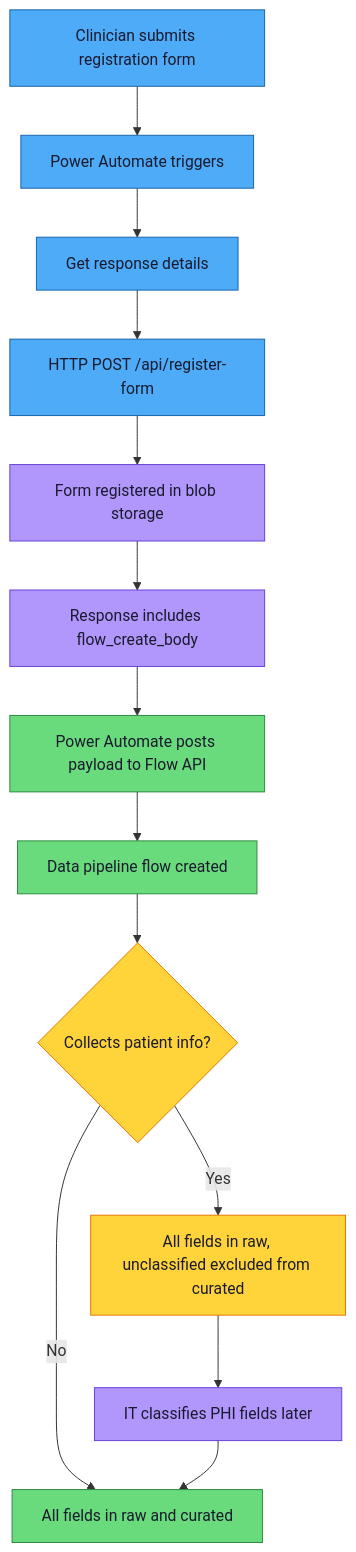
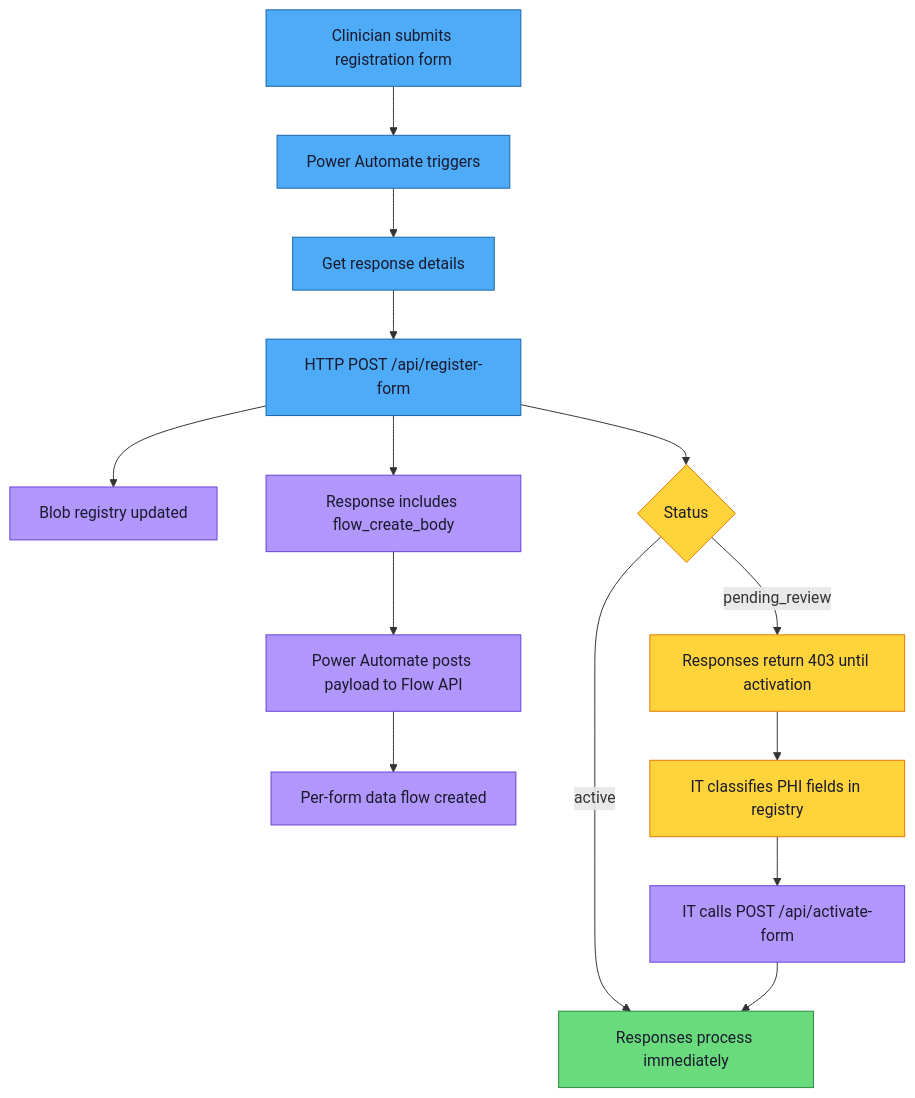
One commit to michaelhuot-msft/forms-to-fabric changed the second of 2 diagrams in docs/registration-form-template.md. Above: the diagram before and after it, drawn with Mermaid. The commit also changed other lines of this file and 12 other files, not shown here.

````diff
--- a/docs/registration-form-template.md
+++ b/docs/registration-form-template.md
@@ -191,35 +193,28 @@
 ```mermaid
 flowchart TD
     A[Clinician submits registration form] --> B[Power Automate triggers]
     B --> C[Get response details]
     C --> D[HTTP POST /api/register-form]
-    D --> E[Form registered in blob storage]
-    E --> F[Response includes flow_create_body]
+    D --> E[Blob registry updated]
+    D --> F[Response includes flow_create_body]
     F --> G[Power Automate posts payload to Flow API]
-    G --> H[Data pipeline flow created]
-    H --> I{Collects patient info?}
-    I -- No --> J[All fields in raw and curated]
-    I -- Yes --> K[All fields in raw, unclassified excluded from curated]
-    K --> L[IT classifies PHI fields later]
-    L --> J
+    G --> H[Per-form data flow created]
+    D --> I{Status}
+    I -- active --> J[Responses process immediately]
+    I -- pending_review --> K[Responses return 403 until activation]
+    K --> L[IT classifies PHI fields in registry]
+    L --> M[IT calls POST /api/activate-form]
+    M --> J
 
     classDef primary fill:#4dabf7,stroke:#1864ab,color:#1a1a2e
     classDef success fill:#69db7c,stroke:#2b8a3e,color:#1a1a2e
     classDef warning fill:#ffd43b,stroke:#e67700,color:#1a1a2e
     classDef danger fill:#ff8787,stroke:#c92a2a,color:#1a1a2e
     classDef info fill:#b197fc,stroke:#6741d9,color:#1a1a2e
     classDef neutral fill:#ced4da,stroke:#495057,color:#1a1a2e
 
-    A:::primary
-    B:::primary
-    C:::primary
-    D:::primary
-    E:::info
-    F:::info
-    G:::success
-    H:::success
-    I:::warning
-    J:::success
-    K:::warning
-    L:::info
+    class A,B,C,D primary
+    class E,F,G,H,M info
+    class I,K,L warning
+    class J success
 ```
````
